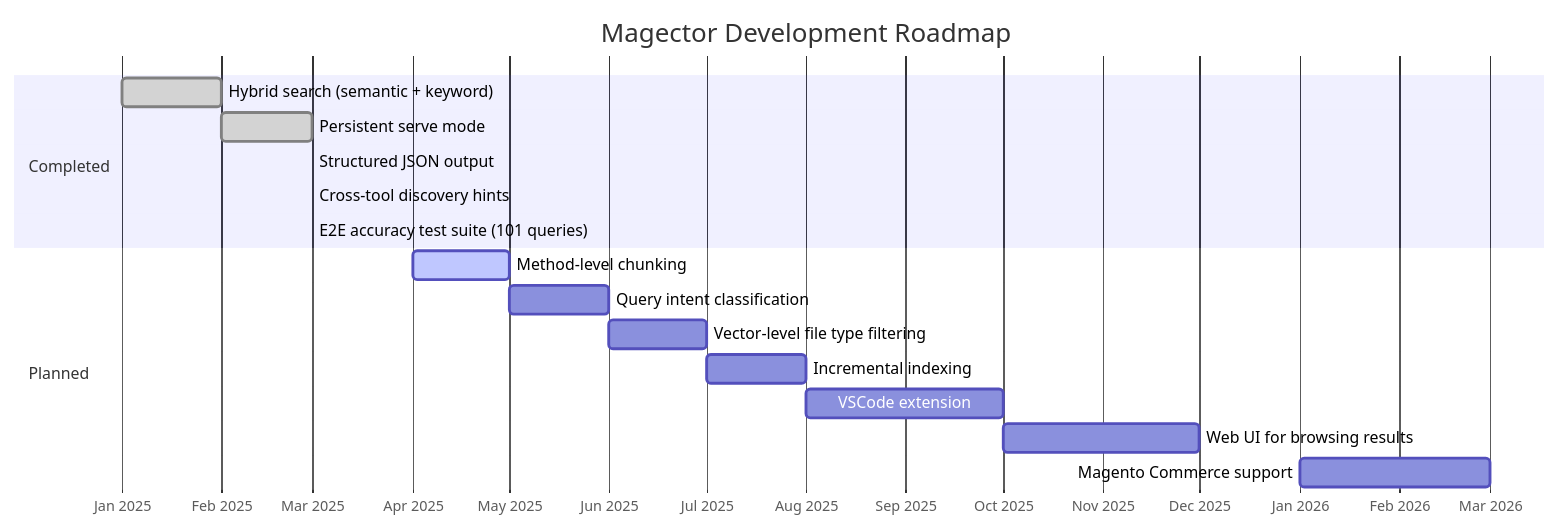
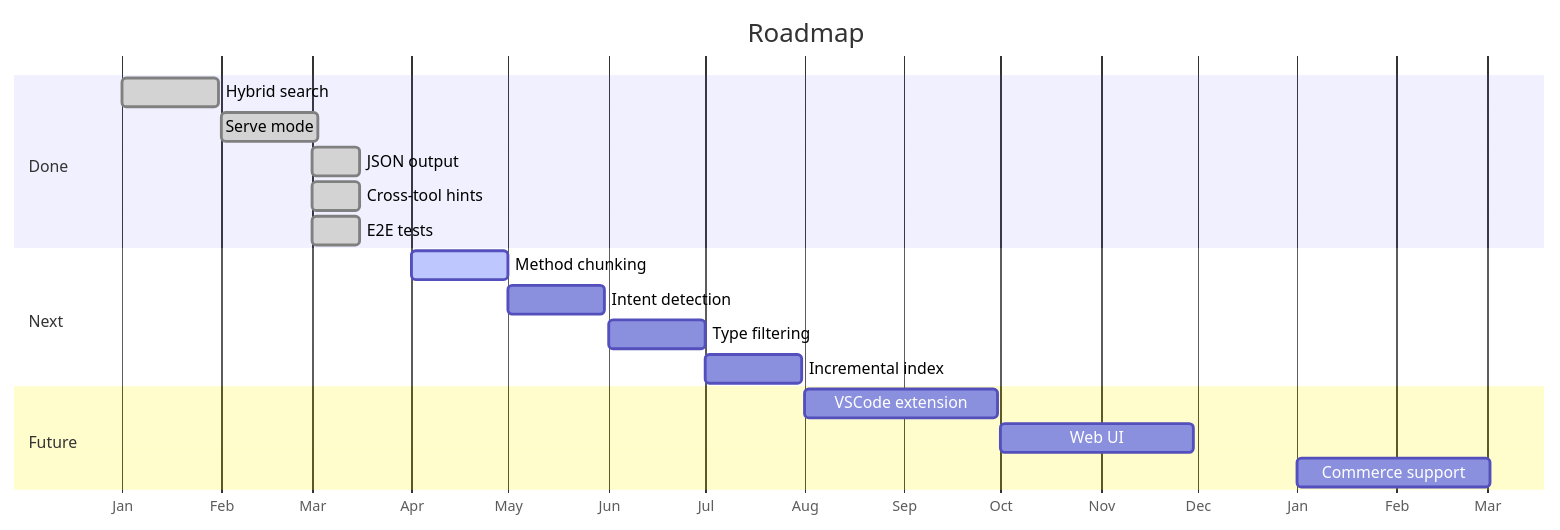
The tenth of 10 diagrams in README.md (krejcif/magector), drawn with Mermaid before and after one commit. The commit also changed other lines of this file and 1 other file, not shown here.

First line of the commit message:
Optimize Mermaid diagrams for GitHub viewer and fix parse errors

````diff
--- a/README.md
+++ b/README.md
@@ -857,20 +843,21 @@
 ```mermaid
 gantt
-  title Magector Development Roadmap
+  title Roadmap
   dateFormat YYYY-MM
-  axisFormat %b %Y
-  section Completed
-    Hybrid search (semantic + keyword)       :done, 2025-01, 2025-02
-    Persistent serve mode                    :done, 2025-02, 2025-03
-    Structured JSON output                   :done, 2025-03, 2025-03
-    Cross-tool discovery hints               :done, 2025-03, 2025-03
-    E2E accuracy test suite (101 queries)    :done, 2025-03, 2025-03
-  section Planned
-    Method-level chunking                    :active, 2025-04, 2025-05
-    Query intent classification              :2025-05, 2025-06
-    Vector-level file type filtering         :2025-06, 2025-07
-    Incremental indexing                     :2025-07, 2025-08
-    VSCode extension                         :2025-08, 2025-10
-    Web UI for browsing results              :2025-10, 2025-12
-    Magento Commerce support                 :2026-01, 2026-03
+  axisFormat %b
+  section Done
+    Hybrid search       :done, 2025-01, 30d
+    Serve mode          :done, 2025-02, 30d
+    JSON output         :done, 2025-03, 15d
+    Cross-tool hints    :done, 2025-03, 15d
+    E2E tests           :done, 2025-03, 15d
+  section Next
+    Method chunking     :active, 2025-04, 30d
+    Intent detection    :2025-05, 30d
+    Type filtering      :2025-06, 30d
+    Incremental index   :2025-07, 30d
+  section Future
+    VSCode extension    :2025-08, 60d
+    Web UI              :2025-10, 60d
+    Commerce support    :2026-01, 60d
 ```
````
